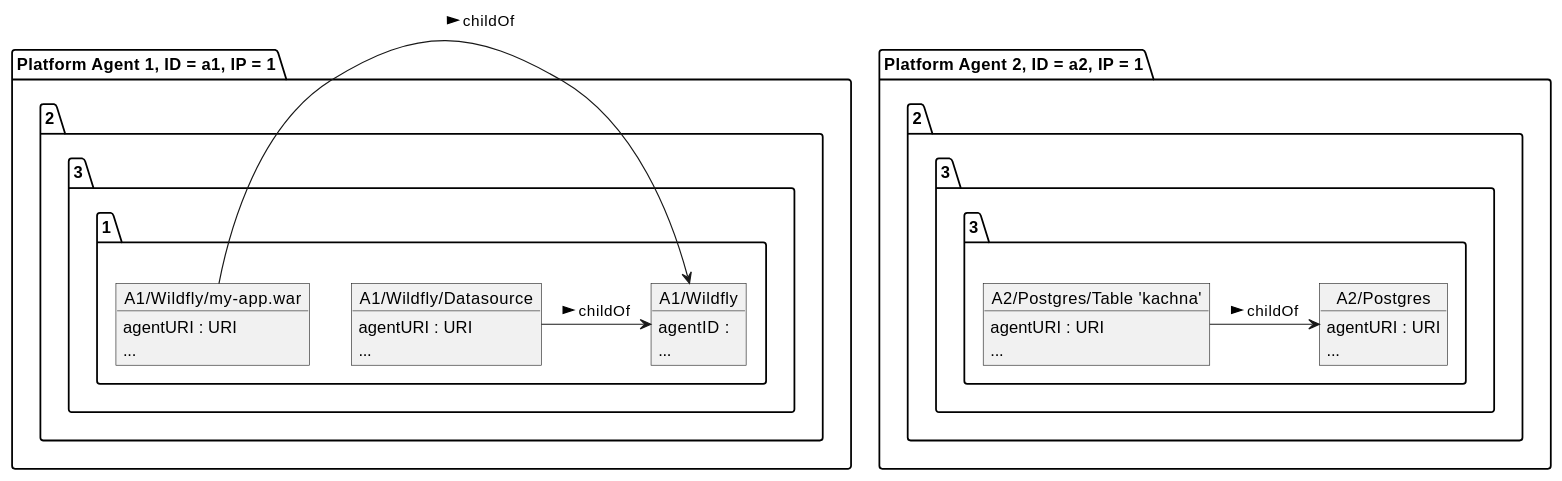
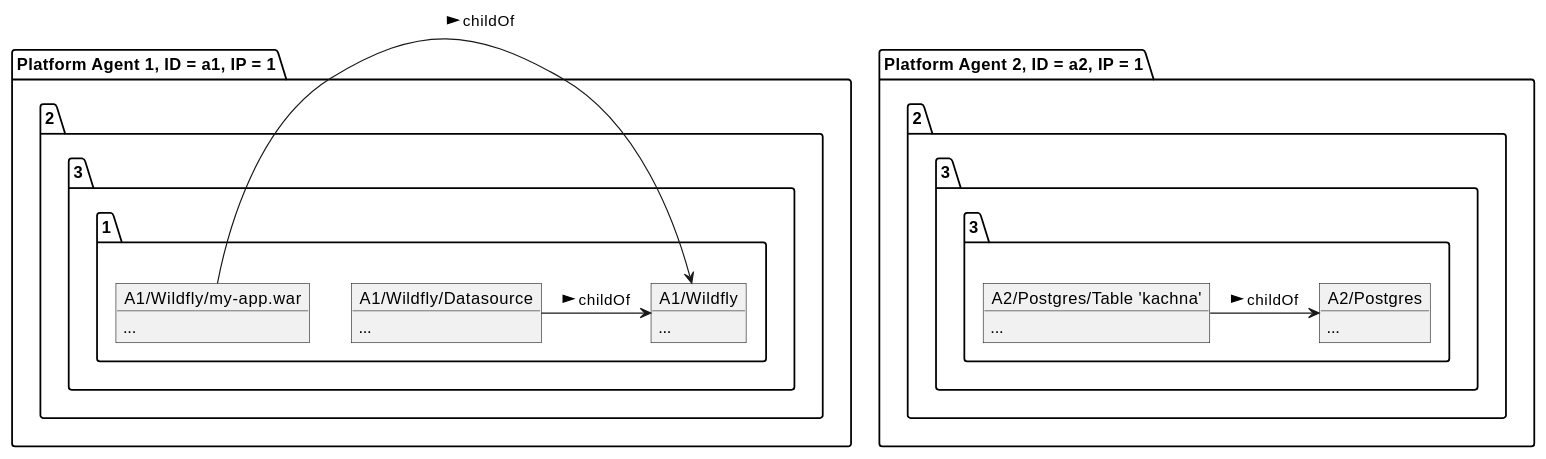
The sixth of 11 diagrams in doc/architecture.adoc (metlos/rhq.next-thoughts), drawn with PlantUML before and after one commit. The commit also changed other lines of this file, not shown here.

Commit message:
Updates to introduction, discovery workflow and wrote agent identity chapter.

```diff
--- a/doc/architecture.adoc
+++ b/doc/architecture.adoc
@@ -281,37 +281,32 @@
 [plantuml, discovery-queue-2]
 ....
 
 package "Platform Agent 1, ID = a1, IP = 1.2.3.1" {
     object "A1/Wildfly" as pa1Wfly {
-        agentID : 
         ...
     }
 
     object "A1/Wildfly/Datasource" as pa1DS {
-        agentURI : URI
         ...
     }
 
     object "A1/Wildfly/my-app.war" as pa1War {
-        agentURI : URI
         ...
     }
 
     pa1DS -> pa1Wfly : childOf >
     pa1War -> pa1Wfly  : childOf >
 }
 
 package "Platform Agent 2, ID = a2, IP = 1.2.3.3" {
     object "A2/Postgres" as pa2Postgres {
-        agentURI : URI
         ...
     }
 
     object "A2/Postgres/Table 'kachna'" as pa2Kachna {
-        agentURI : URI
         ...
     }
 
     pa2Kachna -> pa2Postgres : childOf >
 }
 ....
```
